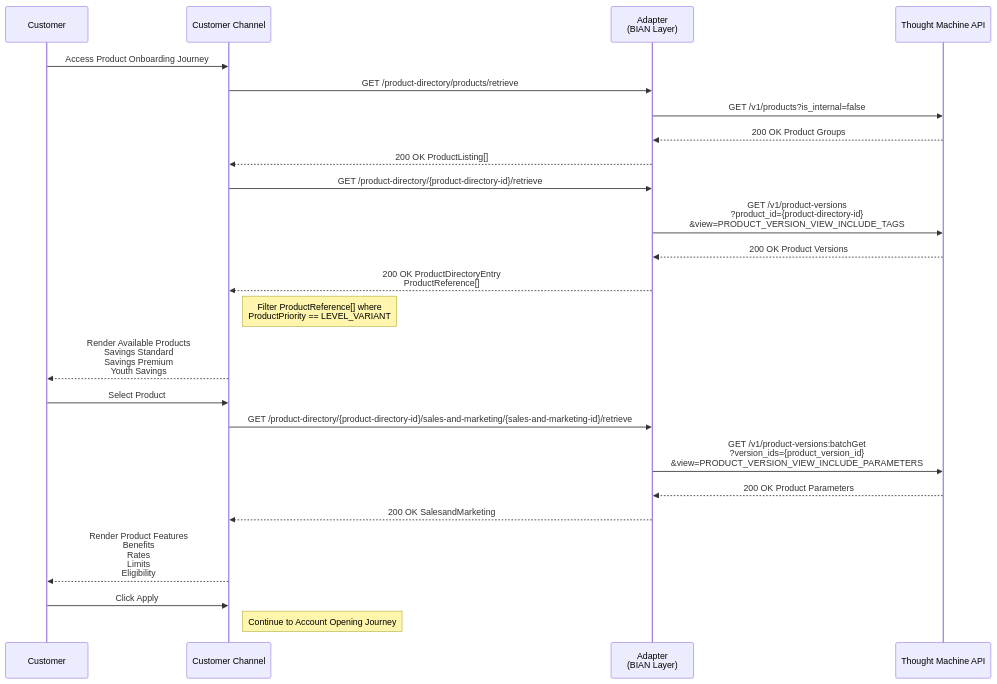
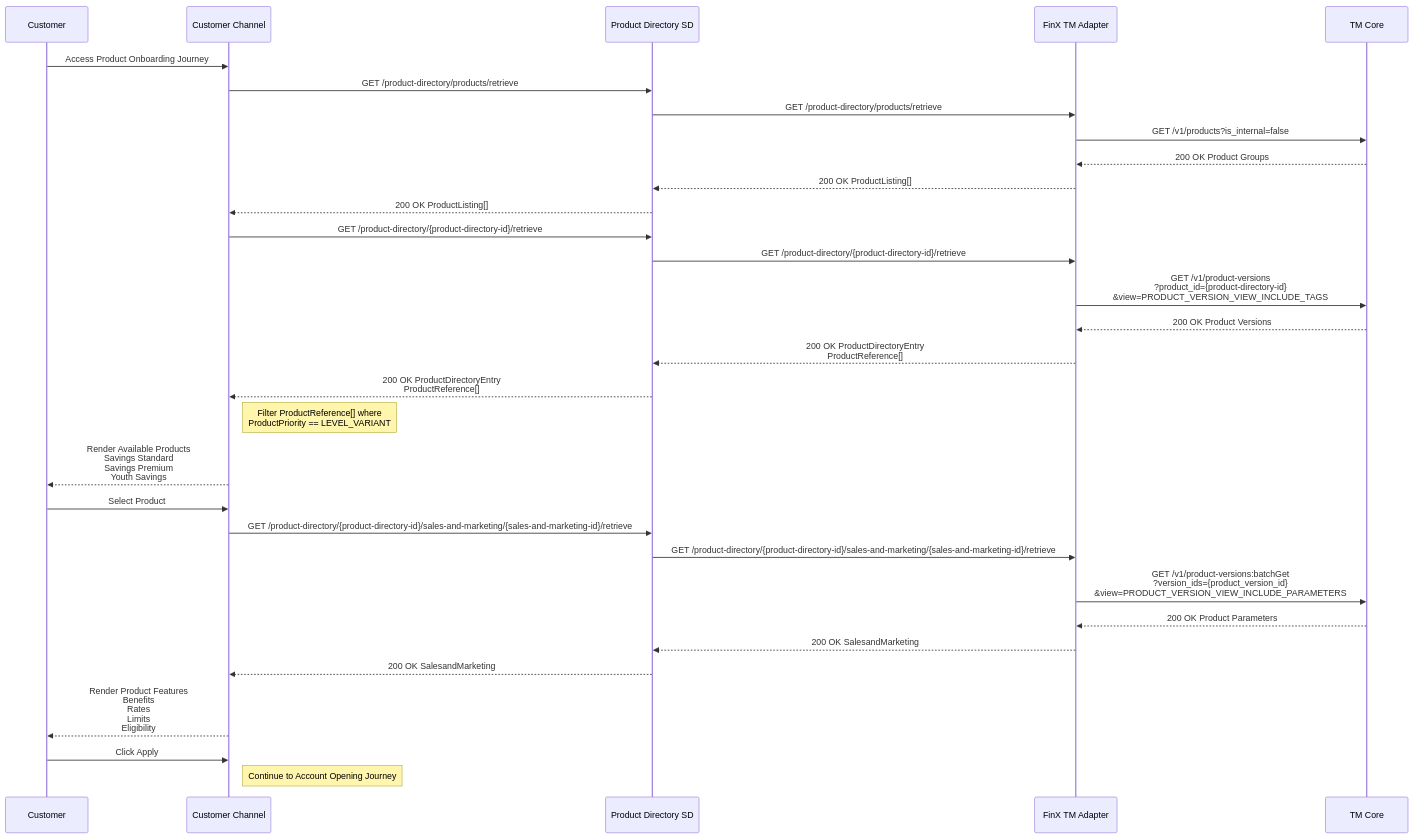
Before and after one commit to Simhadrikiran-295217/adapter-api-flows: the diagram in View Product Templates and Variants from core system.md, drawn with Mermaid.

Commit message:
Update participants in View Product Templates and Variants diagram

```diff
--- a/View Product Templates and Variants from core system.md
+++ b/View Product Templates and Variants from core system.md
@@ -5,15 +5,20 @@
 
     participant Channel as Customer Channel
 
-    participant Adapter as Adapter<br/>(BIAN Layer)
+    participant PD as Product Directory SD
 
-    participant Core as Thought Machine API
+    participant Adapter as FinX TM Adapter
+
+    participant Core as TM Core
 
 
     Customer->>Channel: Access Product Onboarding Journey
 
 
-    Channel->>Adapter: GET /product-directory/products/retrieve
+    Channel->>PD: GET /product-directory/products/retrieve
+
+
+    PD->>Adapter: GET /product-directory/products/retrieve
 
 
     Adapter->>Core: GET /v1/products?is_internal=false
@@ -21,10 +26,16 @@
     Core-->>Adapter: 200 OK Product Groups
 
 
-    Adapter-->>Channel: 200 OK ProductListing[]
+    Adapter-->>PD: 200 OK ProductListing[]
 
 
-    Channel->>Adapter: GET /product-directory/{product-directory-id}/retrieve
+    PD-->>Channel: 200 OK ProductListing[]
+
+
+    Channel->>PD: GET /product-directory/{product-directory-id}/retrieve
+
+
+    PD->>Adapter: GET /product-directory/{product-directory-id}/retrieve
 
 
     Adapter->>Core: GET /v1/product-versions<br/>?product_id={product-directory-id}<br/>&view=PRODUCT_VERSION_VIEW_INCLUDE_TAGS
@@ -33,7 +44,10 @@
     Core-->>Adapter: 200 OK Product Versions
 
 
-    Adapter-->>Channel: 200 OK ProductDirectoryEntry<br/>ProductReference[]
+    Adapter-->>PD: 200 OK ProductDirectoryEntry<br/>ProductReference[]
+
+
+    PD-->>Channel: 200 OK ProductDirectoryEntry<br/>ProductReference[]
 
 
     Note right of Channel: Filter ProductReference[] where<br/>ProductPriority == LEVEL_VARIANT
@@ -45,7 +59,10 @@
     Customer->>Channel: Select Product
 
 
-    Channel->>Adapter: GET /product-directory/{product-directory-id}/sales-and-marketing/{sales-and-marketing-id}/retrieve
+    Channel->>PD: GET /product-directory/{product-directory-id}/sales-and-marketing/{sales-and-marketing-id}/retrieve
+
+
+    PD->>Adapter: GET /product-directory/{product-directory-id}/sales-and-marketing/{sales-and-marketing-id}/retrieve
 
 
     Adapter->>Core: GET /v1/product-versions:batchGet<br/>?version_ids={product_version_id}<br/>&view=PRODUCT_VERSION_VIEW_INCLUDE_PARAMETERS
@@ -54,7 +71,10 @@
     Core-->>Adapter: 200 OK Product Parameters
 
 
-    Adapter-->>Channel: 200 OK SalesandMarketing
+    Adapter-->>PD: 200 OK SalesandMarketing
+
+
+    PD-->>Channel: 200 OK SalesandMarketing
 
 
     Channel-->>Customer: Render Product Features<br/>Benefits<br/>Rates<br/>Limits<br/>Eligibility
```
